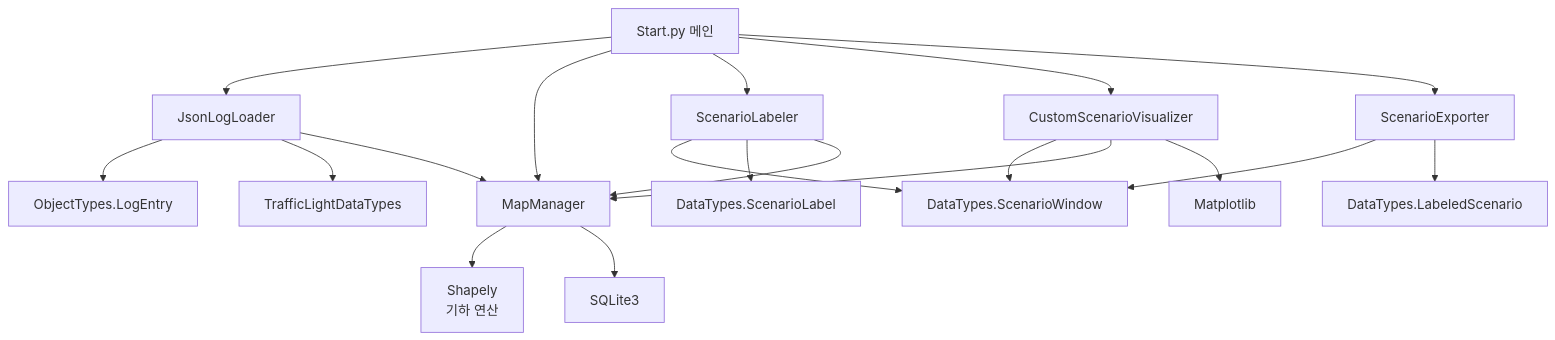
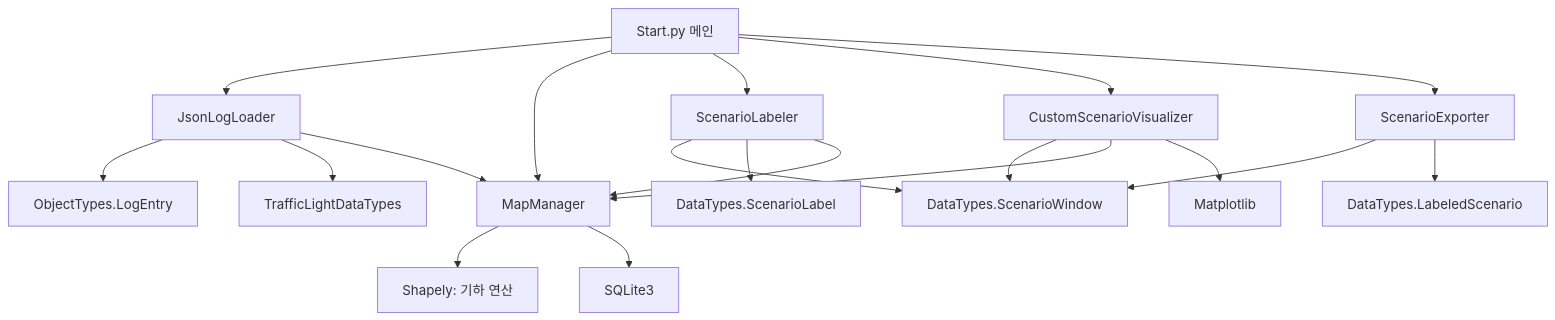
One commit to etri/ad_scenario_classifier changed the seventh of 9 diagrams in doc/01_architecture.md. Above: the diagram before and after it, drawn with Mermaid. The commit also changed other lines of this file and 5 other files, not shown here.

````diff
--- a/doc/01_architecture.md
+++ b/doc/01_architecture.md
@@ -198,26 +198,26 @@
 ```mermaid
 graph TD
     Start[Start.py 메인] --> JsonLogLoader[JsonLogLoader]
     Start --> MapManager[MapManager]
     Start --> ScenarioLabeler[ScenarioLabeler]
     Start --> CustomScenarioVisualizer[CustomScenarioVisualizer]
     Start --> ScenarioExporter[ScenarioExporter]
     
     JsonLogLoader --> ObjectTypes[ObjectTypes.LogEntry]
     JsonLogLoader --> TrafficLightDataTypes[TrafficLightDataTypes]
     JsonLogLoader --> MapManager
     
-    MapManager --> Shapely[Shapely<br/>기하 연산]
+    MapManager --> Shapely["Shapely: 기하 연산"]
     MapManager --> SQLite3[SQLite3]
     
     ScenarioLabeler --> DataTypes1[DataTypes.ScenarioWindow]
     ScenarioLabeler --> DataTypes2[DataTypes.ScenarioLabel]
     ScenarioLabeler --> MapManager
     
     CustomScenarioVisualizer --> DataTypes1
     CustomScenarioVisualizer --> MapManager
     CustomScenarioVisualizer --> Matplotlib[Matplotlib]
     
     ScenarioExporter --> DataTypes1
     ScenarioExporter --> DataTypes3[DataTypes.LabeledScenario]
 ```
````
